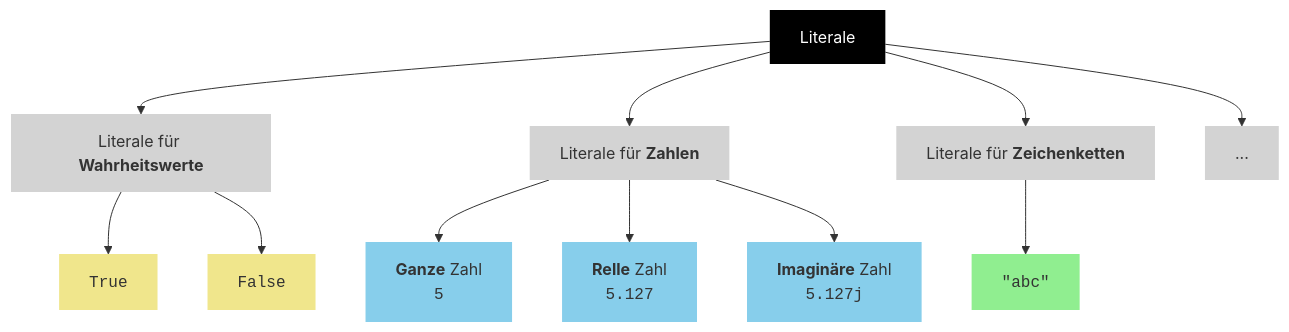
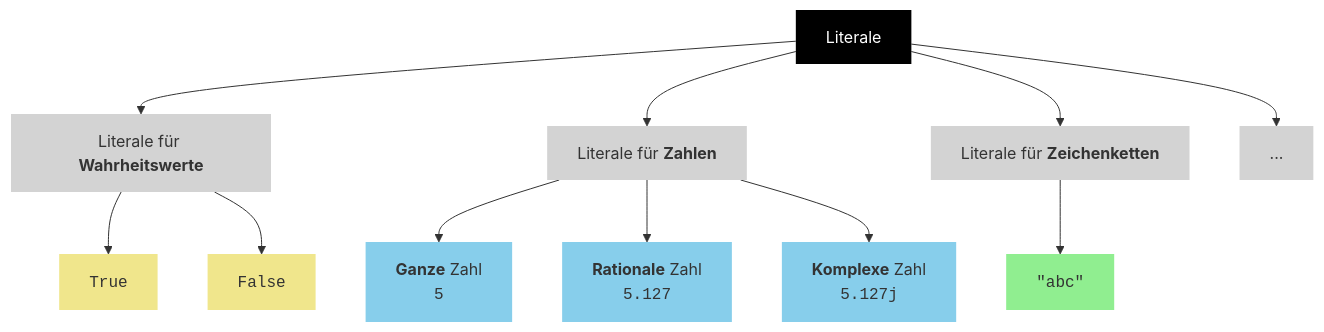
One commit to ghackenberg/python-grundlagen-kurs changed the diagram in Grafiken/Mermaid/Literale/Allgemein.mmd. Above: the diagram before and after it, drawn with Mermaid. The commit also changed 5 other files, not shown here.

```diff
--- a/Grafiken/Mermaid/Literale/Allgemein.mmd
+++ b/Grafiken/Mermaid/Literale/Allgemein.mmd
@@ -1,33 +1,33 @@
 flowchart
 
     Literale
 
     Literale --> Boolsch["Literale für <b>Wahrheitswerte</b>"]
     Literale --> Numerisch["Literale für <b>Zahlen</b>"]
     Literale --> Zeichenketten["Literale für <b>Zeichenketten</b>"]
     Literale --> Weitere["..."]
 
     Boolsch --> True["<code>True</code>"]
     Boolsch --> False["<code>False</code>"]
 
     Numerisch --> Ganz["<b>Ganze</b> Zahl<br/><code>5</code>"]
-    Numerisch --> Bruch["<b>Relle</b> Zahl<br/><code>5.127</code>"]
-    Numerisch --> Komplex["<b>Imaginäre</b> Zahl</br><code>5.127j</code>"]
+    Numerisch --> Bruch["<b>Rationale</b> Zahl<br/><code>5.127</code>"]
+    Numerisch --> Komplex["<b>Komplexe</b> Zahl</br><code>5.127j</code>"]
 
     Zeichenketten --> String["<code>&quot;abc&quot;</code>"]
 
     style Literale fill:black,color:white,stroke-width:0px
 
     style Boolsch fill:lightgray,stroke-width:0px
     style Numerisch fill:lightgray,stroke-width:0px
     style Zeichenketten fill:lightgray,stroke-width:0px
     style Weitere fill:lightgray,stroke-width:0px
 
     style True fill:khaki,stroke-width:0px
     style False fill:khaki,stroke-width:0px
     
     style Ganz fill:skyblue,stroke-width:0px
     style Bruch fill:skyblue,stroke-width:0px
     style Komplex fill:skyblue,stroke-width:0px
 
     style String fill:lightgreen,stroke-width:0px
```
